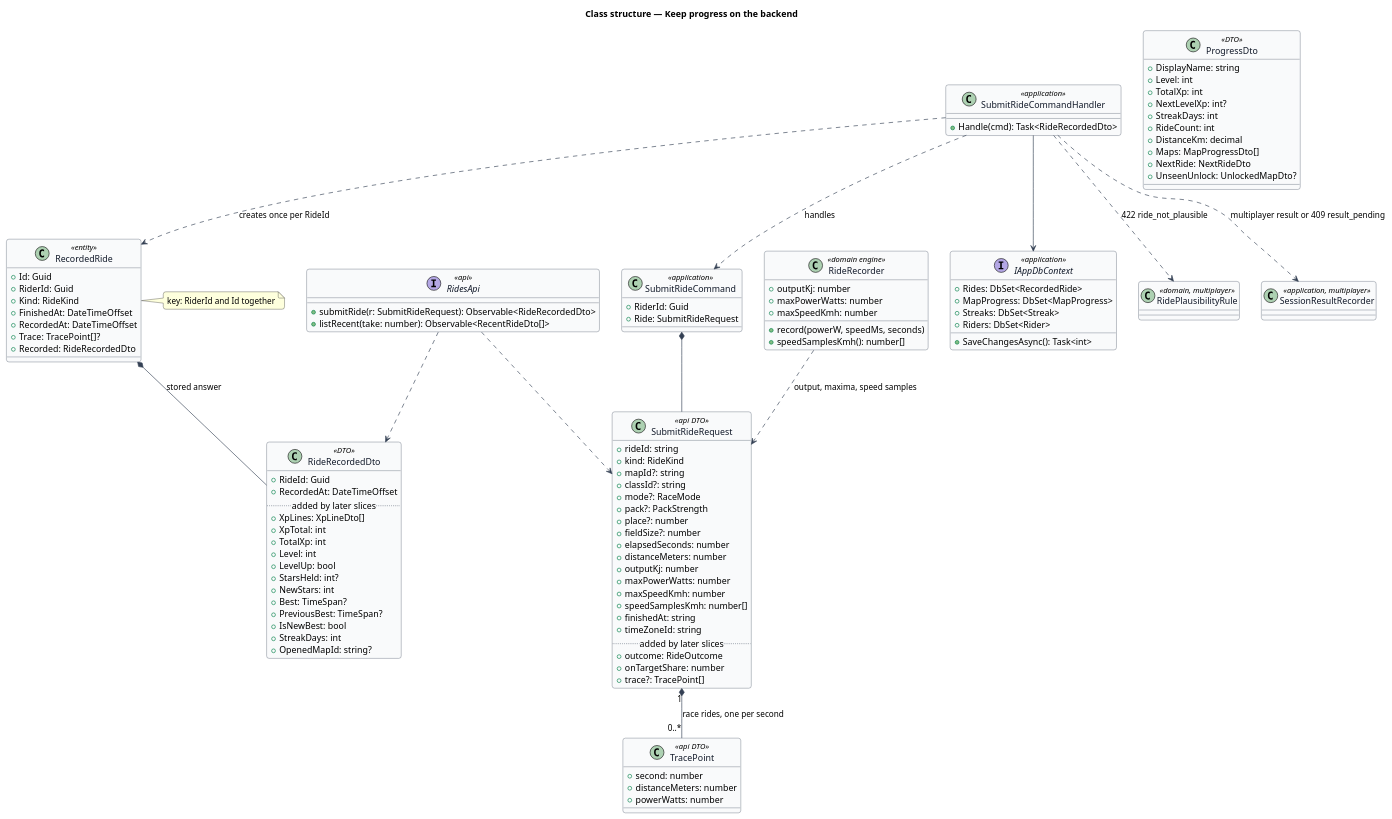
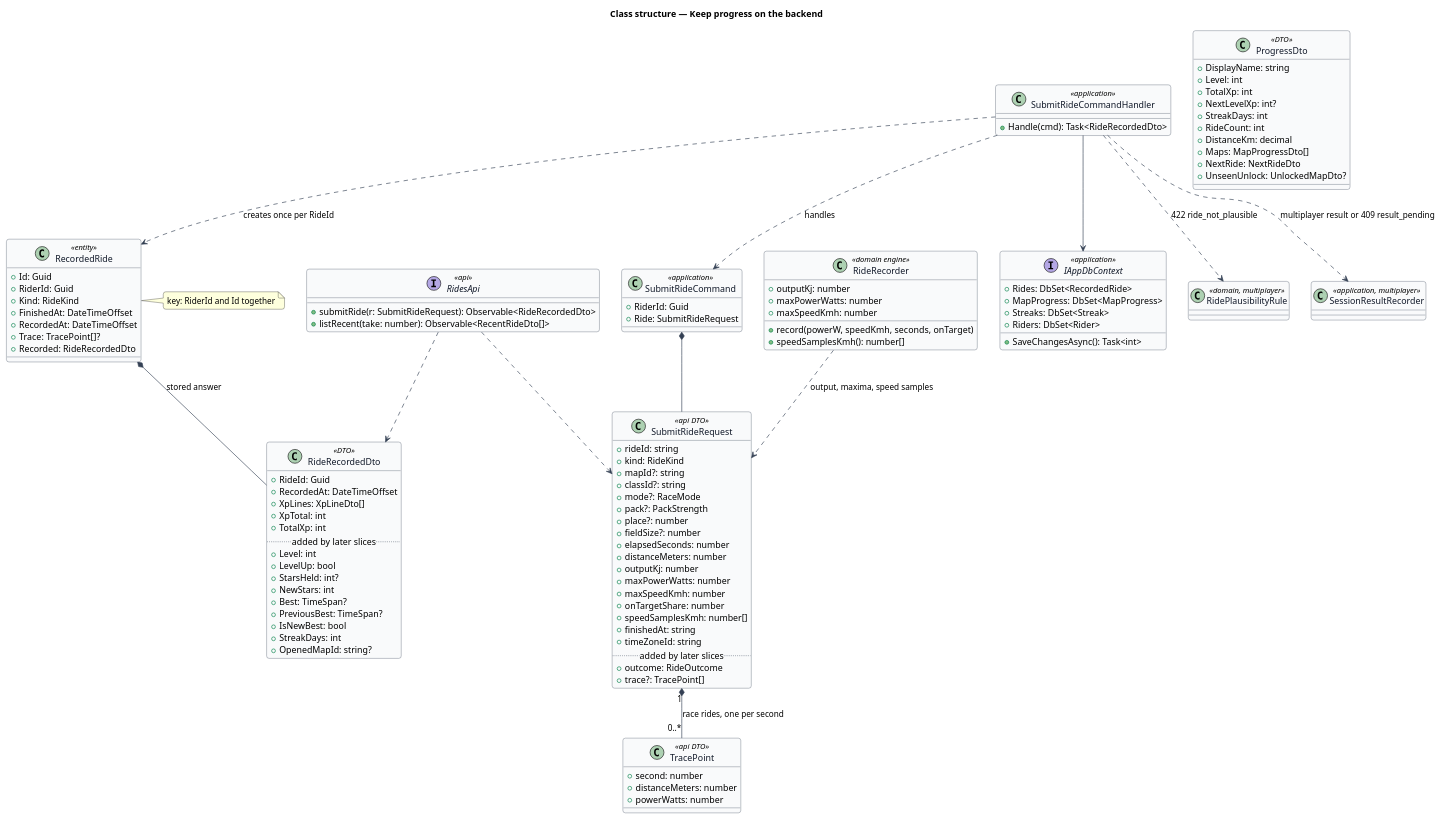
The diagram in docs/detailed-designs/progression/keep-progress-on-the-backend/diagrams/class-structure.puml (QuinntyneBrown/ride-one), drawn with PlantUML before and after one commit. The commit also changed 6 other files, not shown here.

```diff
--- a/docs/detailed-designs/progression/keep-progress-on-the-backend/diagrams/class-structure.puml
+++ b/docs/detailed-designs/progression/keep-progress-on-the-backend/diagrams/class-structure.puml
@@ -1,119 +1,119 @@
 @startuml
 ' --- shared skin header ---
 skinparam backgroundColor #FFFFFF
 skinparam shadowing false
 skinparam roundcorner 8
 skinparam defaultFontName Arial
 skinparam ArrowColor #344054
 skinparam class {
   BorderColor #344054
   FontColor #101828
   BackgroundColor #F9FAFB
 }
 ' --------------------------
 title Class structure — Keep progress on the backend
 class SubmitRideRequest <<api DTO>> {
   +rideId: string
   +kind: RideKind
   +mapId?: string
   +classId?: string
   +mode?: RaceMode
   +pack?: PackStrength
   +place?: number
   +fieldSize?: number
   +elapsedSeconds: number
   +distanceMeters: number
   +outputKj: number
   +maxPowerWatts: number
   +maxSpeedKmh: number
+  +onTargetShare: number
   +speedSamplesKmh: number[]
   +finishedAt: string
   +timeZoneId: string
   .. added by later slices ..
   +outcome: RideOutcome
-  +onTargetShare: number
   +trace?: TracePoint[]
 }
 class RideRecorder <<domain engine>> {
-  +record(powerW, speedMs, seconds)
+  +record(powerW, speedKmh, seconds, onTarget)
   +outputKj: number
   +maxPowerWatts: number
   +maxSpeedKmh: number
   +speedSamplesKmh(): number[]
 }
 class TracePoint <<api DTO>> {
   +second: number
   +distanceMeters: number
   +powerWatts: number
 }
 class SubmitRideCommand <<application>> {
   +RiderId: Guid
   +Ride: SubmitRideRequest
 }
 class SubmitRideCommandHandler <<application>> {
   +Handle(cmd): Task<RideRecordedDto>
 }
 class RecordedRide <<entity>> {
   +Id: Guid
   +RiderId: Guid
   +Kind: RideKind
   +FinishedAt: DateTimeOffset
   +RecordedAt: DateTimeOffset
   +Trace: TracePoint[]?
   +Recorded: RideRecordedDto
 }
 note right of RecordedRide : key: RiderId and Id together
 class RideRecordedDto <<DTO>> {
   +RideId: Guid
   +RecordedAt: DateTimeOffset
-  .. added by later slices ..
   +XpLines: XpLineDto[]
   +XpTotal: int
   +TotalXp: int
+  .. added by later slices ..
   +Level: int
   +LevelUp: bool
   +StarsHeld: int?
   +NewStars: int
   +Best: TimeSpan?
   +PreviousBest: TimeSpan?
   +IsNewBest: bool
   +StreakDays: int
   +OpenedMapId: string?
 }
 class ProgressDto <<DTO>> {
   +DisplayName: string
   +Level: int
   +TotalXp: int
   +NextLevelXp: int?
   +StreakDays: int
   +RideCount: int
   +DistanceKm: decimal
   +Maps: MapProgressDto[]
   +NextRide: NextRideDto
   +UnseenUnlock: UnlockedMapDto?
 }
 interface IAppDbContext <<application>> {
   +Rides: DbSet<RecordedRide>
   +MapProgress: DbSet<MapProgress>
   +Streaks: DbSet<Streak>
   +Riders: DbSet<Rider>
   +SaveChangesAsync(): Task<int>
 }
 interface RidesApi <<api>> {
   +submitRide(r: SubmitRideRequest): Observable<RideRecordedDto>
   +listRecent(take: number): Observable<RecentRideDto[]>
 }
 SubmitRideRequest "1" *-- "0..*" TracePoint : race rides, one per second
 SubmitRideCommand *-- SubmitRideRequest
 SubmitRideCommandHandler ..> SubmitRideCommand : handles
 SubmitRideCommandHandler --> IAppDbContext
 SubmitRideCommandHandler ..> RidePlausibilityRule : 422 ride_not_plausible
 SubmitRideCommandHandler ..> SessionResultRecorder : multiplayer result or 409 result_pending
 class RidePlausibilityRule <<domain, multiplayer>>
 class SessionResultRecorder <<application, multiplayer>>
 SubmitRideCommandHandler ..> RecordedRide : creates once per RideId
 RecordedRide *-- RideRecordedDto : stored answer
 RideRecorder ..> SubmitRideRequest : output, maxima, speed samples
 RidesApi ..> SubmitRideRequest
 RidesApi ..> RideRecordedDto
 @enduml
```
